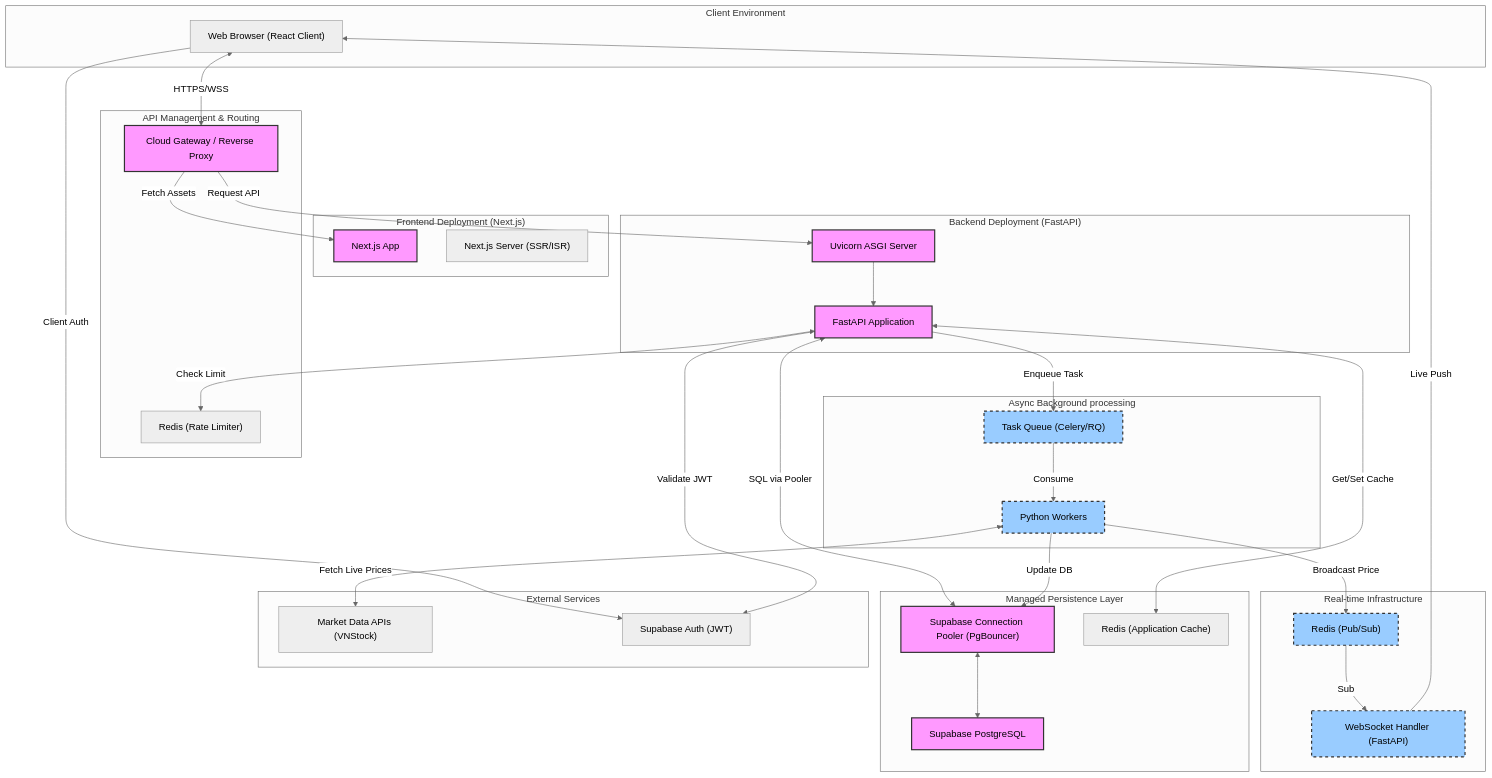
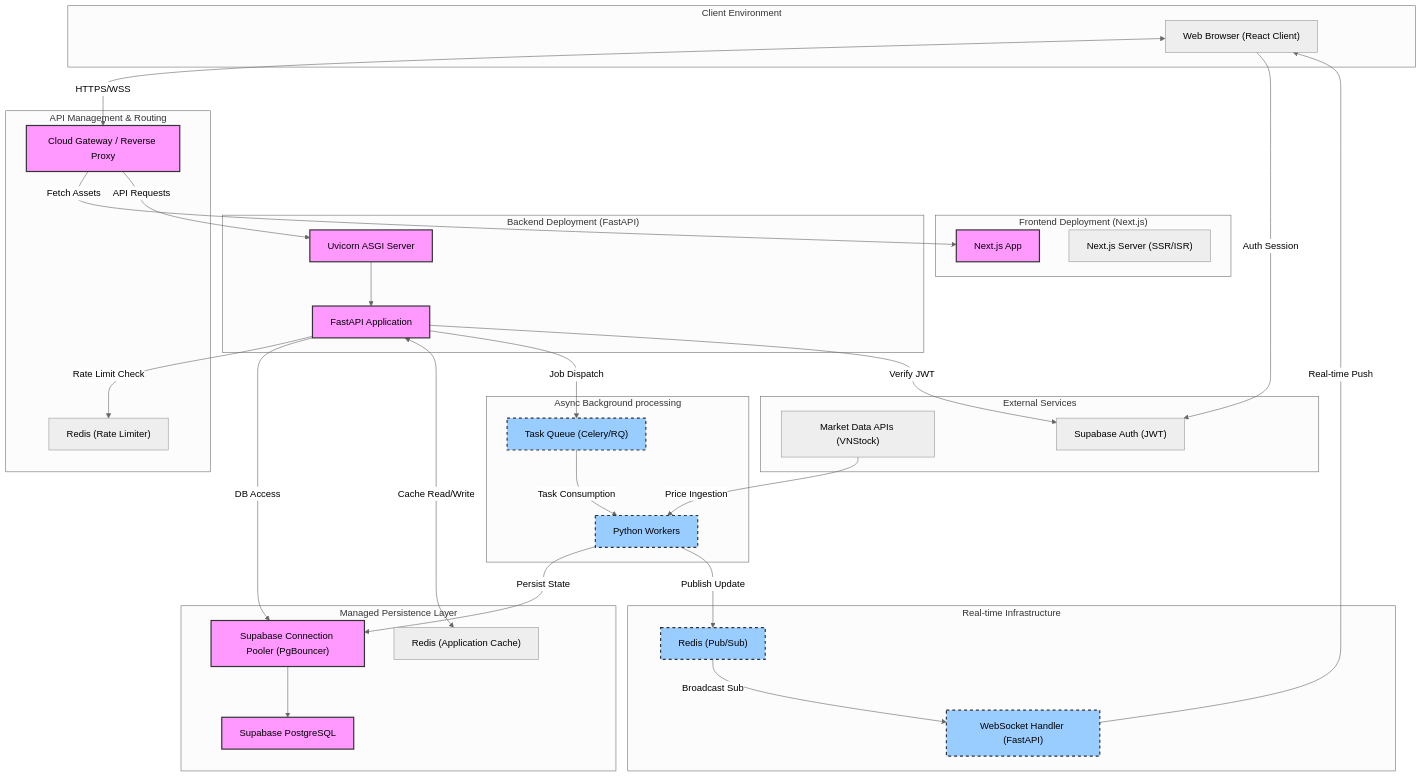
The first of 4 diagrams in architecture.md (AnNguyen2023/vn-stock-portfolio), drawn with Mermaid (neutral theme) before and after one commit. The commit also changed other lines of this file, not shown here.

Commit message:
docs: refine websocket data flow logic in architecture diagrams

````diff
--- a/architecture.md
+++ b/architecture.md
@@ -7,75 +7,75 @@
 ```mermaid
 graph TD
     subgraph Client_Environment["Client Environment"]
         Browser["Web Browser (React Client)"]
     end
 
     subgraph Frontend_Deployment["Frontend Deployment (Next.js)"]
         NextApp["Next.js App"]
         NextServer["Next.js Server (SSR/ISR)"]
     end
 
     subgraph Backend_Deployment["Backend Deployment (FastAPI)"]
         Uvicorn["Uvicorn ASGI Server"]
         FastAPI["FastAPI Application"]
     end
 
     subgraph API_Management["API Management & Routing"]
         Gateway["Cloud Gateway / Reverse Proxy"]
         RateLimiter["Redis (Rate Limiter)"]
     end
 
     subgraph Realtime_Infrastructure["Real-time Infrastructure"]
         RedisPubSub["Redis (Pub/Sub)"]
         WS_Server["WebSocket Handler (FastAPI)"]
     end
 
     subgraph Persistence_Layer["Managed Persistence Layer"]
         Pooler["Supabase Connection Pooler (PgBouncer)"]
         PostgreSQL["Supabase PostgreSQL"]
         RedisCache["Redis (Application Cache)"]
     end
 
     subgraph Background_Processing["Async Background processing"]
         WorkerQueue["Task Queue (Celery/RQ)"]
         Workers["Python Workers"]
     end
 
     subgraph Third_Party["External Services"]
         MarketData["Market Data APIs (VNStock)"]
         AuthService["Supabase Auth (JWT)"]
     end
 
     %% Data Flows
     Browser <--> |"HTTPS/WSS"| Gateway
     Gateway --> |"Fetch Assets"| NextApp
-    Gateway --> |"Request API"| Uvicorn
+    Gateway --> |"API Requests"| Uvicorn
     Uvicorn --> FastAPI
     
-    FastAPI <--> |"Check Limit"| RateLimiter
-    FastAPI <--> |"SQL via Pooler"| Pooler
-    Pooler <--> PostgreSQL
-    FastAPI <--> |"Get/Set Cache"| RedisCache
+    FastAPI --> |"Rate Limit Check"| RateLimiter
+    FastAPI --> |"DB Access"| Pooler
+    Pooler --> PostgreSQL
+    FastAPI <--> |"Cache Read/Write"| RedisCache
     
-    FastAPI --> |"Enqueue Task"| WorkerQueue
-    WorkerQueue --> |"Consume"| Workers
+    FastAPI --> |"Job Dispatch"| WorkerQueue
+    WorkerQueue --> |"Task Consumption"| Workers
     
-    Workers <--> |"Fetch Live Prices"| MarketData
-    Workers --> |"Update DB"| Pooler
-    Workers --> |"Broadcast Price"| RedisPubSub
+    MarketData --> |"Price Ingestion"| Workers
+    Workers --> |"Persist State"| Pooler
+    Workers --> |"Publish Update"| RedisPubSub
     
-    RedisPubSub --> |"Sub"| WS_Server
-    WS_Server --> |"Live Push"| Browser
+    RedisPubSub --> |"Broadcast Sub"| WS_Server
+    WS_Server --> |"Real-time Push"| Browser
     
-    Browser --> |"Client Auth"| AuthService
-    FastAPI --> |"Validate JWT"| AuthService
+    Browser --> |"Auth Session"| AuthService
+    FastAPI --> |"Verify JWT"| AuthService
 
     %% Legend
     classDef sync fill:#f9f,stroke:#333,stroke-width:2px;
     classDef async fill:#9cf,stroke:#333,stroke-width:2px,stroke-dasharray: 5 5;
     classDef infra fill:#eee,stroke:#999,stroke-width:1px;
 
     class FastAPI,Uvicorn,NextApp,Gateway,Pooler,PostgreSQL sync;
     class Workers,RedisPubSub,WS_Server,WorkerQueue async;
     class RateLimiter,RedisCache,AuthService,MarketData infra;
 ```
````
